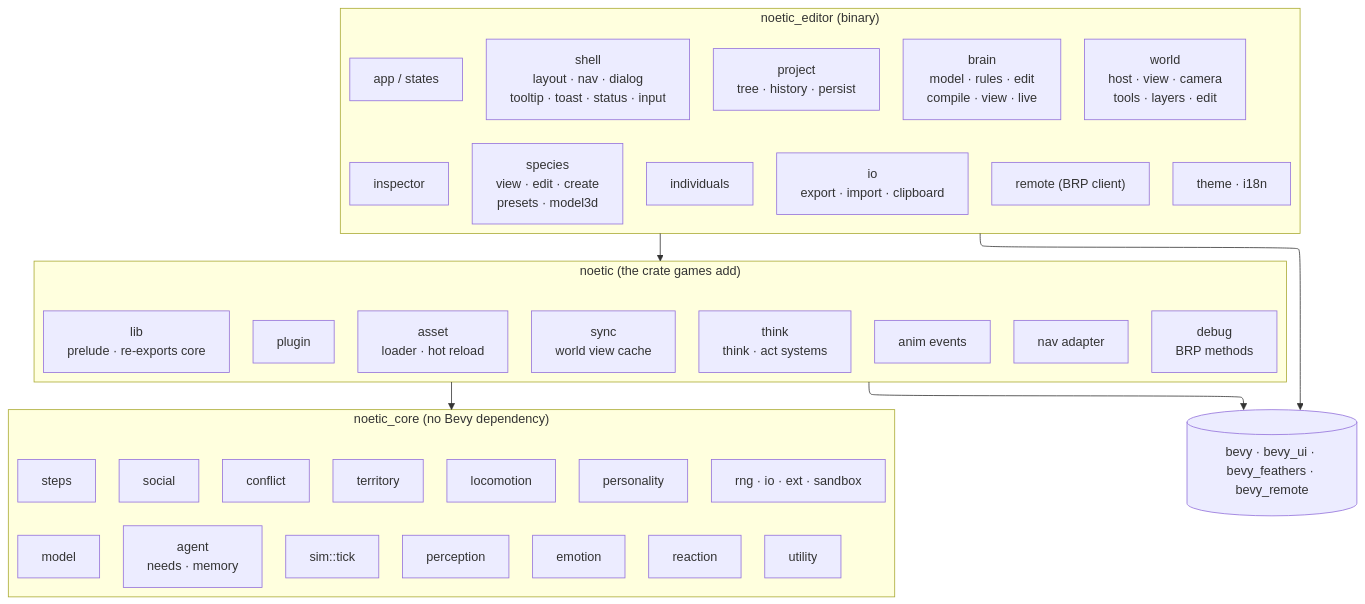
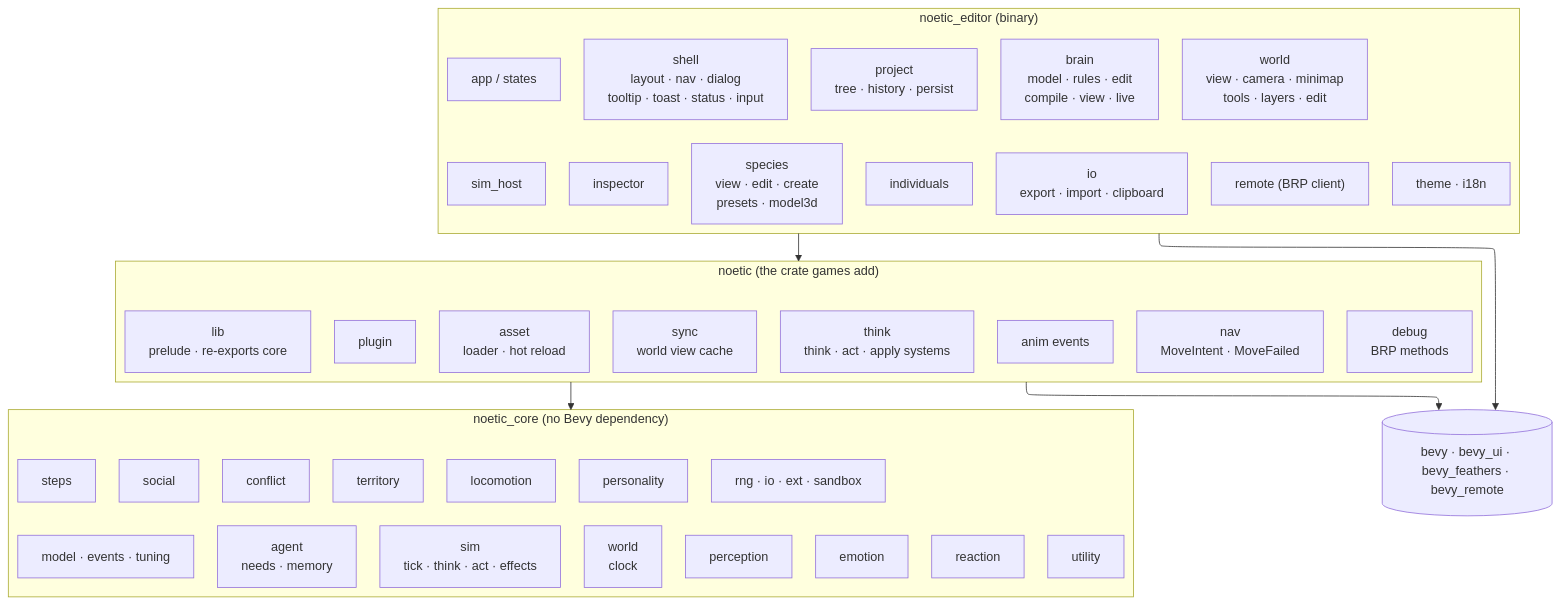
Before and after one commit to Heryk13/noetic: the diagram in docs/diagrams/modules.mmd, drawn with Mermaid. The commit also changed 10 other files, not shown here.

```diff
--- a/docs/diagrams/modules.mmd
+++ b/docs/diagrams/modules.mmd
@@ -1,24 +1,24 @@
 ---
 config:
   layout: elk
 ---
 flowchart TB
   subgraph EDITOR["noetic_editor (binary)"]
     direction LR
-    E1["app / states"] ~~~ E2["shell<br/>layout · nav · dialog<br/>tooltip · toast · status · input"] ~~~ E3["project<br/>tree · history · persist"] ~~~ E4["brain<br/>model · rules · edit<br/>compile · view · live"] ~~~ E5["world<br/>host · view · camera<br/>tools · layers · edit"]
-    E6["inspector"] ~~~ E7["species<br/>view · edit · create<br/>presets · model3d"] ~~~ E8["individuals"] ~~~ E9["io<br/>export · import · clipboard"] ~~~ E10["remote (BRP client)"] ~~~ E11["theme · i18n"]
+    E1["app / states"] ~~~ E2["shell<br/>layout · nav · dialog<br/>tooltip · toast · status · input"] ~~~ E3["project<br/>tree · history · persist"] ~~~ E4["brain<br/>model · rules · edit<br/>compile · view · live"] ~~~ E5["world<br/>view · camera · minimap<br/>tools · layers · edit"]
+    E12["sim_host"] ~~~ E6["inspector"] ~~~ E7["species<br/>view · edit · create<br/>presets · model3d"] ~~~ E8["individuals"] ~~~ E9["io<br/>export · import · clipboard"] ~~~ E10["remote (BRP client)"] ~~~ E11["theme · i18n"]
   end
   subgraph NOETIC["noetic (the crate games add)"]
     direction LR
-    B0["lib<br/>prelude · re-exports core"] ~~~ B1["plugin"] ~~~ B2["asset<br/>loader · hot reload"] ~~~ B3["sync<br/>world view cache"] ~~~ B4["think<br/>think · act systems"] ~~~ B5["anim events"] ~~~ B6["nav adapter"] ~~~ B7["debug<br/>BRP methods"]
+    B0["lib<br/>prelude · re-exports core"] ~~~ B1["plugin"] ~~~ B2["asset<br/>loader · hot reload"] ~~~ B3["sync<br/>world view cache"] ~~~ B4["think<br/>think · act · apply systems"] ~~~ B5["anim events"] ~~~ B6["nav<br/>MoveIntent · MoveFailed"] ~~~ B7["debug<br/>BRP methods"]
   end
   subgraph CORE["noetic_core (no Bevy dependency)"]
     direction LR
-    C1["model"] ~~~ C2["agent<br/>needs · memory"] ~~~ C3["sim::tick"] ~~~ C4["perception"] ~~~ C5["emotion"] ~~~ C6["reaction"] ~~~ C7["utility"]
+    C1["model · events · tuning"] ~~~ C2["agent<br/>needs · memory"] ~~~ C3["sim<br/>tick · think · act · effects"] ~~~ C15["world<br/>clock"] ~~~ C4["perception"] ~~~ C5["emotion"] ~~~ C6["reaction"] ~~~ C7["utility"]
     C8["steps"] ~~~ C9["social"] ~~~ C10["conflict"] ~~~ C11["territory"] ~~~ C12["locomotion"] ~~~ C13["personality"] ~~~ C14["rng · io · ext · sandbox"]
   end
   FEATHERS[("bevy · bevy_ui · bevy_feathers · bevy_remote")]
   EDITOR --> FEATHERS
   NOETIC --> FEATHERS
   EDITOR --> NOETIC
   NOETIC --> CORE
```
